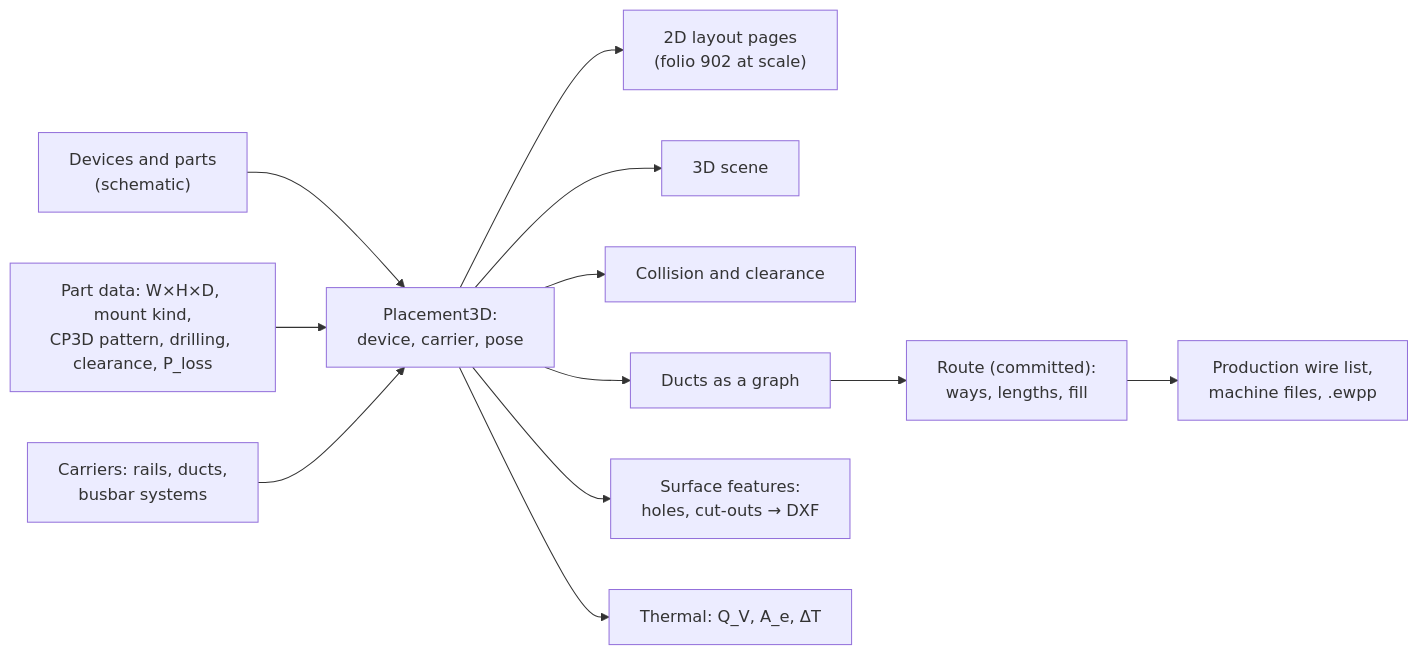
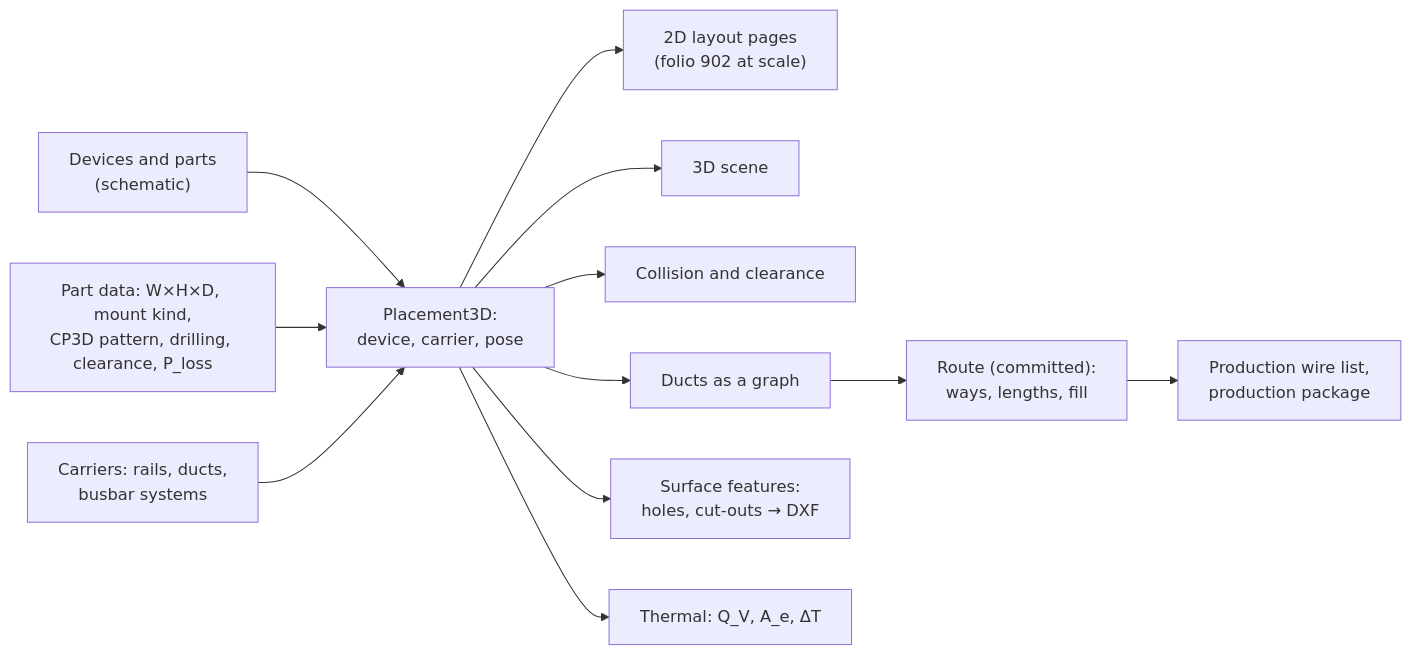
Before and after one commit to Ironkode787/ElektraWatt: the second of 3 diagrams in docs/design/02b-requirements-extended.md, drawn with Mermaid. The commit also changed other lines of this file and 25 other files, not shown here.

First line of the commit message:
docs: the production package by its name; crates that are not made leave the documents

````diff
--- a/docs/design/02b-requirements-extended.md
+++ b/docs/design/02b-requirements-extended.md
@@ -290,13 +290,13 @@
 ```mermaid
 flowchart LR
   DEV["Devices and parts<br/>(schematic)"] --> PL["Placement3D:<br/>device, carrier, pose"]
   PART["Part data: W×H×D, mount kind,<br/>CP3D pattern, drilling, clearance, P_loss"] --> PL
   CAR["Carriers: rails, ducts,<br/>busbar systems"] --> PL
   PL --> P2D["2D layout pages<br/>(folio 902 at scale)"]
   PL --> S3D["3D scene"]
   PL --> CC["Collision and clearance"]
   PL --> RG["Ducts as a graph"] --> RW["Route (committed):<br/>ways, lengths, fill"]
-  RW --> WL["Production wire list,<br/>machine files, .ewpp"]
+  RW --> WL["Production wire list,<br/>production package"]
   PL --> DR["Surface features:<br/>holes, cut-outs → DXF"]
   PL --> TH["Thermal: Q_V, A_e, ΔT"]
 ```
````
